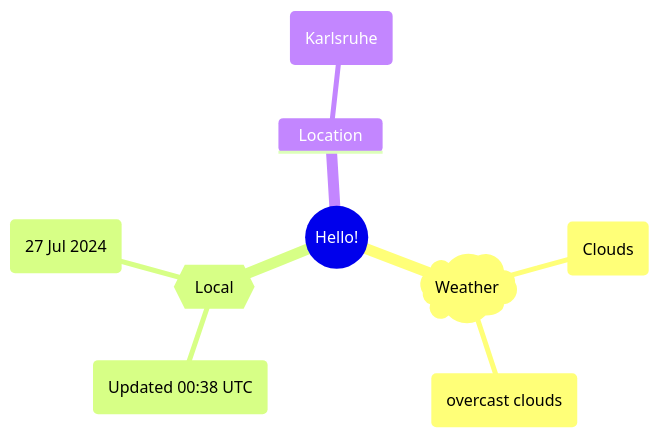
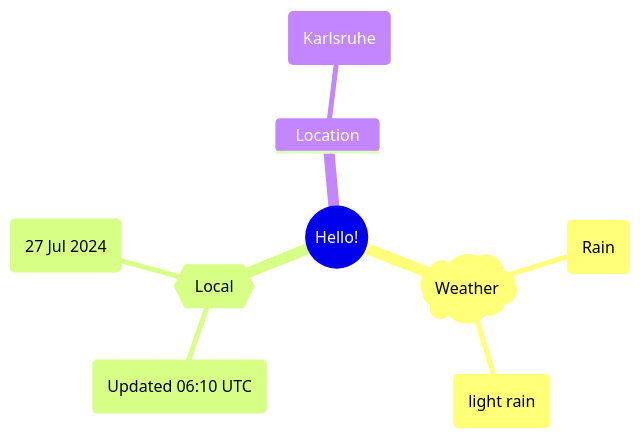
Before and after one commit to Xosrov/Xosrov: the first of 2 diagrams in README.md, drawn with Mermaid.

Commit message:
[bot] updated images

````diff
--- a/README.md
+++ b/README.md
@@ -3,12 +3,12 @@
 ```mermaid
 mindmap
   root((Hello!))
     )Weather(
-        (Clouds)
-        (overcast clouds)
+        (Rain)
+        (light rain)
     {{Local}}
-        (Updated 00:38 UTC)
+        (Updated 06:10 UTC)
         (27 Jul 2024)
     Location
         (Karlsruhe)
 ```
````
